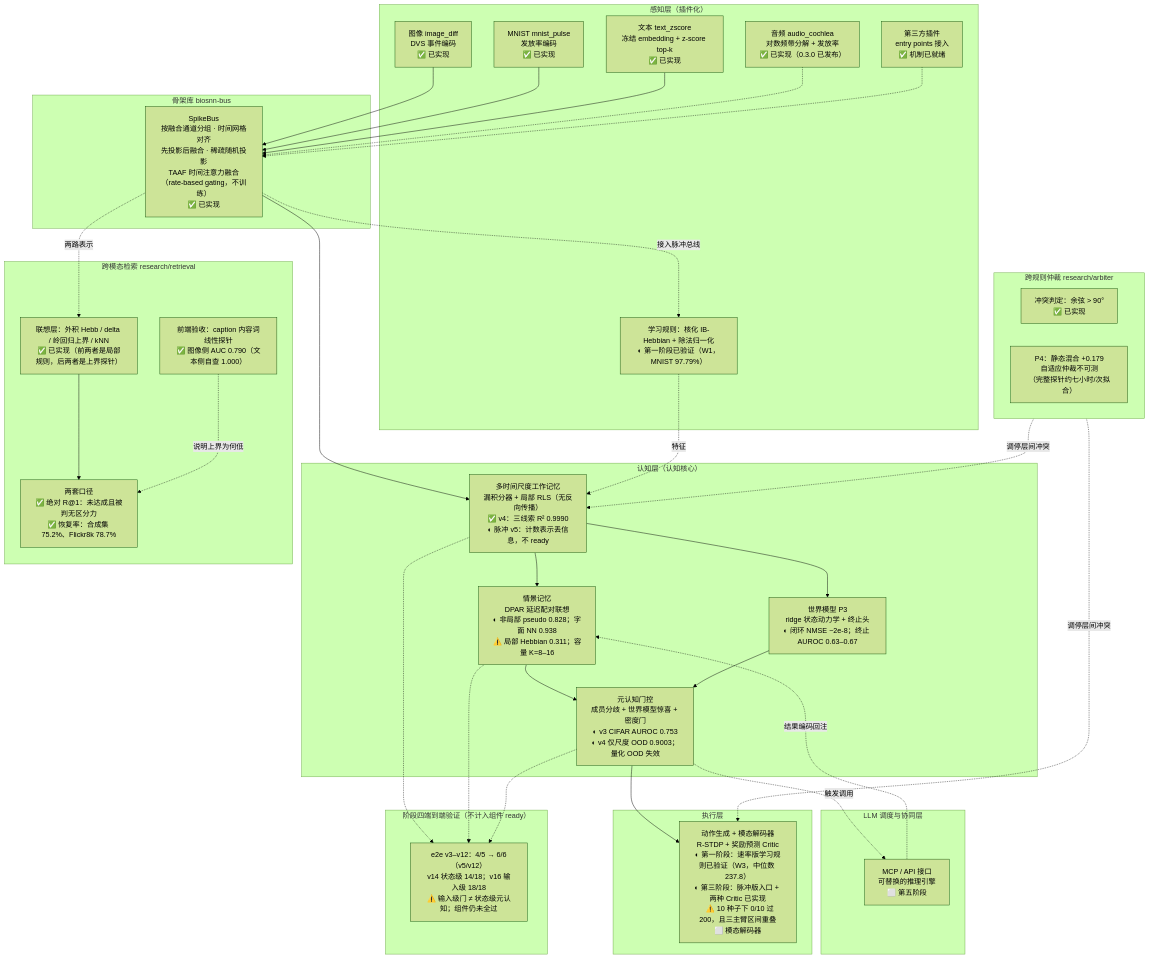
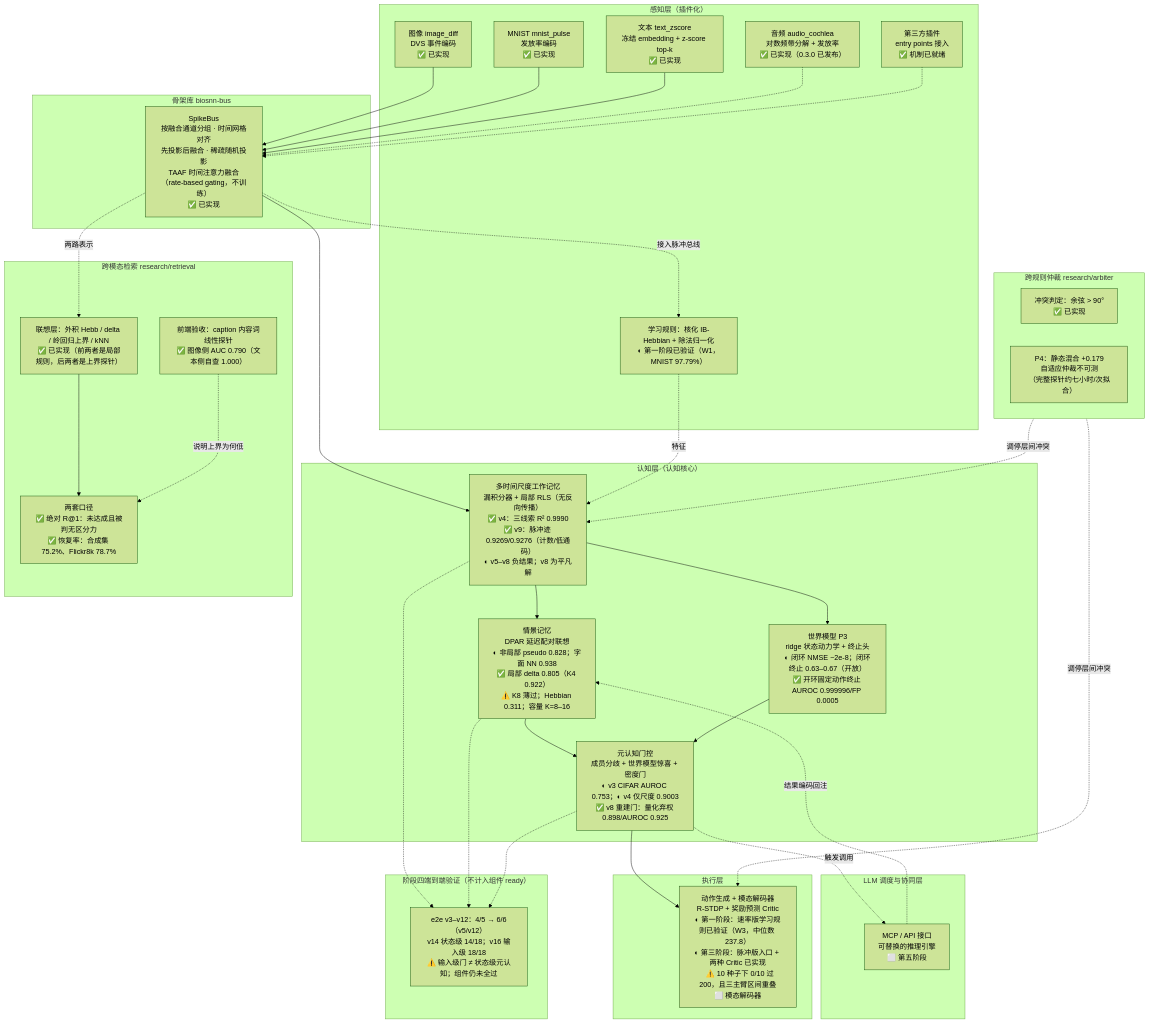
Before and after one commit to lzmd-arch/BioSNN-Plug: the diagram in README.md, drawn with Mermaid (forest theme). The commit also changed other lines of this file, not shown here.

Commit message:
docs: 主 README 与架构图更新阶段四组件（WM v9/情景 v5/元认知 v8/P3 开环）
记分卡与架构节点同步新 ready 数字；闭环终止仍标开放。

````diff
--- a/README.md
+++ b/README.md
@@ -126,71 +126,71 @@
 ```mermaid
 flowchart TB
     subgraph L5["LLM 调度与协同层"]
         MCP["MCP / API 接口<br/>可替换的推理引擎<br/>⬜ 第五阶段"]
     end
 
     subgraph L4["执行层"]
         ACT["动作生成 + 模态解码器<br/>R-STDP + 奖励预测 Critic<br/>◐ 第一阶段：速率版学习规则已验证（W3，中位数 237.8）<br/>◐ 第三阶段：脉冲版入口 + 两种 Critic 已实现<br/>&nbsp;&nbsp;&nbsp;⚠️ 10 种子下 0/10 过 200，且三主臂区间重叠<br/>⬜ 模态解码器"]
     end
 
     subgraph L3["认知层（认知核心）"]
-        WM["多时间尺度工作记忆<br/>漏积分器 + 局部 RLS（无反向传播）<br/>✅ v4：三线索 R² 0.9990<br/>◐ 脉冲 v5：计数表示丢信息，不 ready"]
-        EM["情景记忆<br/>DPAR 延迟配对联想<br/>◐ 非局部 pseudo 0.828；字面 NN 0.938<br/>⚠️ 局部 Hebbian 0.311；容量 K=8–16"]
-        MG["元认知门控<br/>成员分歧 + 世界模型惊喜 + 密度门<br/>◐ v3 CIFAR AUROC 0.753<br/>◐ v4 仅尺度 OOD 0.9003；量化 OOD 失效"]
-        WMODEL["世界模型 P3<br/>ridge 状态动力学 + 终止头<br/>◐ 闭环 NMSE ~2e-8；终止 AUROC 0.63–0.67"]
+        WM["多时间尺度工作记忆<br/>漏积分器 + 局部 RLS（无反向传播）<br/>✅ v4：三线索 R² 0.9990<br/>✅ v9：脉冲迹 0.9269/0.9276（计数/低通码）<br/>◐ v5–v8 负结果；v8 为平凡解"]
+        EM["情景记忆<br/>DPAR 延迟配对联想<br/>◐ 非局部 pseudo 0.828；字面 NN 0.938<br/>✅ 局部 delta 0.805（K4 0.922）<br/>⚠️ K8 薄过；Hebbian 0.311；容量 K=8–16"]
+        MG["元认知门控<br/>成员分歧 + 世界模型惊喜 + 密度门<br/>◐ v3 CIFAR AUROC 0.753；◐ v4 仅尺度 0.9003<br/>✅ v8 重建门：量化弃权 0.898/AUROC 0.925"]
+        WMODEL["世界模型 P3<br/>ridge 状态动力学 + 终止头<br/>◐ 闭环 NMSE ~2e-8；闭环终止 0.63–0.67（开放）<br/>✅ 开环固定动作终止 AUROC 0.999996/FP 0.0005"]
     end
 
     subgraph ARB["跨规则仲裁 research/arbiter"]
         CF["冲突判定：余弦 > 90°<br/>✅ 已实现"]
         ES["P4：静态混合 +0.179<br/>自适应仲裁不可测<br/>（完整探针约七小时/次拟合）"]
     end
 
     subgraph L2["骨架库 biosnn-bus"]
         BUS["SpikeBus<br/>按融合通道分组 · 时间网格对齐<br/>先投影后融合 · 稀疏随机投影<br/>TAAF 时间注意力融合（rate-based gating，不训练）<br/>✅ 已实现"]
     end
 
     subgraph L1["感知层（插件化）"]
         IMG["图像 image_diff<br/>DVS 事件编码<br/>✅ 已实现"]
         MN["MNIST mnist_pulse<br/>发放率编码<br/>✅ 已实现"]
         TXT["文本 text_zscore<br/>冻结 embedding + z-score top-k<br/>✅ 已实现"]
         AUD["音频 audio_cochlea<br/>对数频带分解 + 发放率<br/>✅ 已实现（0.3.0 已发布）"]
         THIRD["第三方插件<br/>entry points 接入<br/>✅ 机制已就绪"]
         HEB["学习规则：核化 IB-Hebbian + 除法归一化<br/>◐ 第一阶段已验证（W1，MNIST 97.79%）"]
     end
 
     IMG --> BUS
     MN --> BUS
     TXT --> BUS
     AUD -.-> BUS
     THIRD -.-> BUS
 
     BUS --> WM
     BUS -.->|接入脉冲总线| HEB
     HEB -.->|特征| WM
     WM --> EM
     WM --> WMODEL
     EM --> MG
     WMODEL --> MG
     MG --> ACT
     MG -.->|触发调用| MCP
     MCP -.->|结果编码回注| EM
     ARB -.->|调停层间冲突| WM
     ARB -.->|调停层间冲突| ACT
 
     subgraph W4["跨模态检索 research/retrieval"]
         FAC["联想层：外积 Hebb / delta / 岭回归上界 / kNN<br/>✅ 已实现（前两者是局部规则，后两者是上界探针）"]
         CRIT["两套口径<br/>✅ 绝对 R@1：未达成且被判无区分力<br/>✅ 恢复率：合成集 75.2%、Flickr8k 78.7%"]
         FE["前端验收：caption 内容词线性探针<br/>✅ 图像侧 AUC 0.790（文本侧自查 1.000）"]
     end
 
     BUS -.->|两路表示| FAC
     FAC --> CRIT
     FE -.->|说明上界为何低| CRIT
 
     subgraph S4["阶段四端到端验证（不计入组件 ready）"]
         E2E["e2e v3–v12：4/5 → 6/6（v5/v12）<br/>v14 状态级 14/18；v16 输入级 18/18<br/>⚠️ 输入级门 ≠ 状态级元认知；组件仍未全过"]
     end
     WM -.-> E2E
     EM -.-> E2E
     MG -.-> E2E
 ```
````
